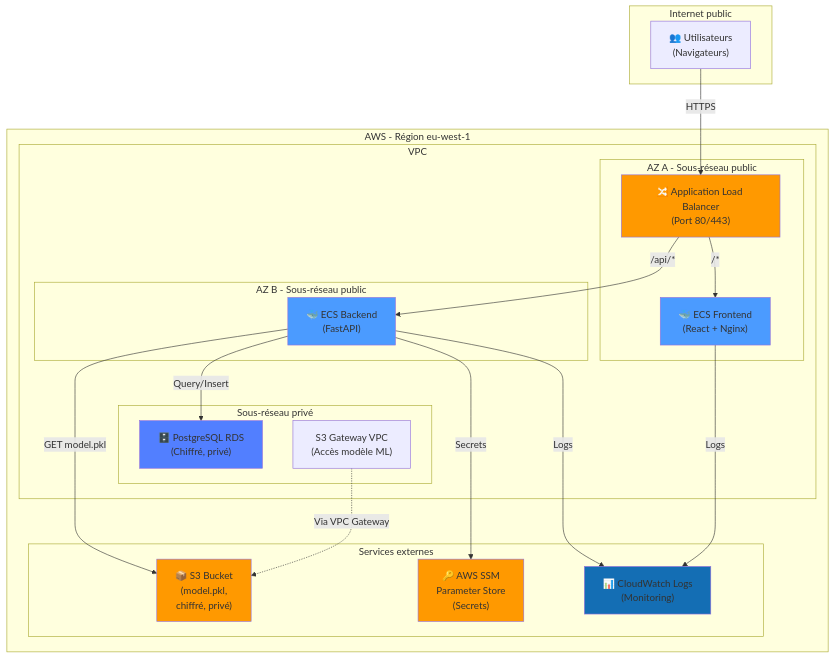
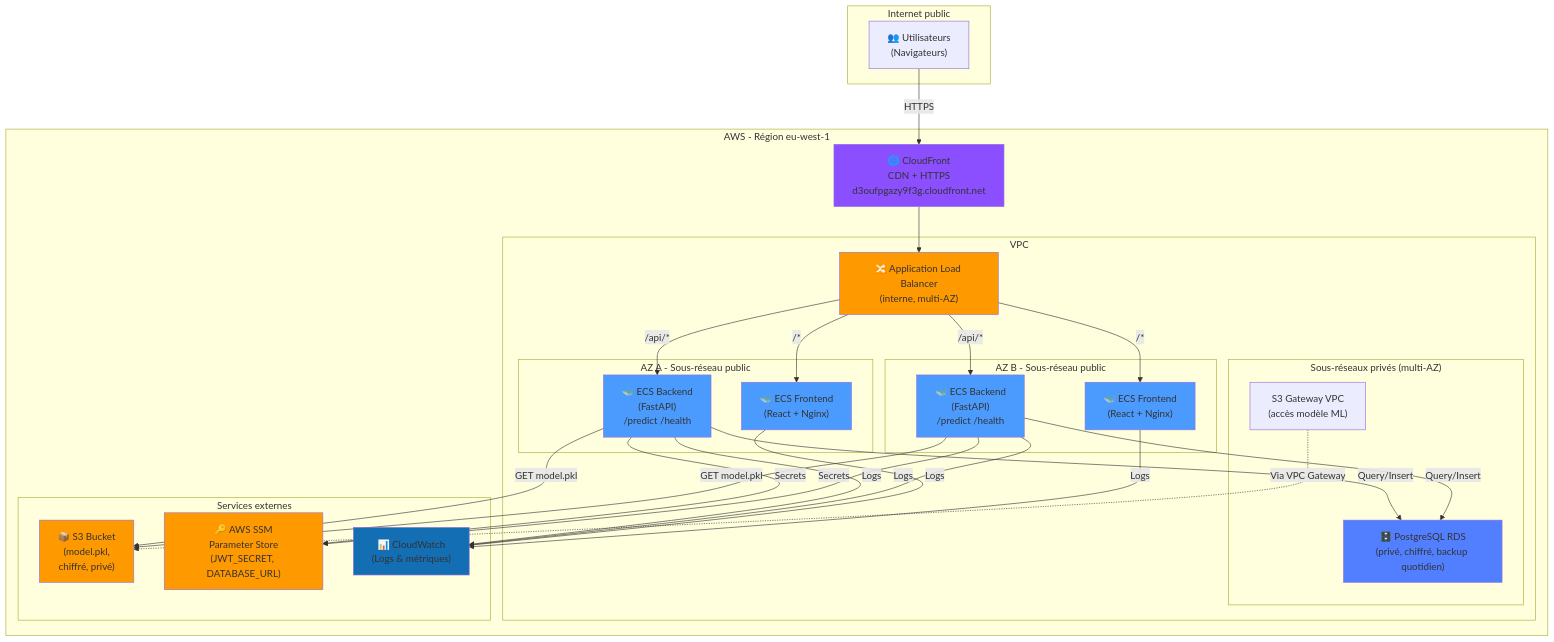
The diagram in README.md (ZANA-JB/Projet_securitecloud_used), drawn with Mermaid before and after one commit. The commit also changed other lines of this file and 2 other files, not shown here.

````diff
--- a/README.md
+++ b/README.md
@@ -110,51 +153,66 @@
 ```mermaid
 graph TB
     subgraph internet["Internet public"]
         users["👥 Utilisateurs<br/>(Navigateurs)"]
     end
 
     subgraph aws["AWS - Région eu-west-1"]
+        cloudfront["🌐 CloudFront<br/>CDN + HTTPS<br/>d3oufpgazy9f3g.cloudfront.net"]
+
         subgraph vpc["VPC"]
+            alb["🔀 Application Load Balancer<br/>(interne, multi-AZ)"]
+
             subgraph public_a["AZ A - Sous-réseau public"]
-                alb["🔀 Application Load Balancer<br/>(Port 80/443)"]
-                ecs_frontend["🐳 ECS Frontend<br/>(React + Nginx)"]
+                ecs_frontend_a["🐳 ECS Frontend<br/>(React + Nginx)"]
+                ecs_backend_a["🐳 ECS Backend<br/>(FastAPI)<br/>/predict /health"]
             end
 
             subgraph public_b["AZ B - Sous-réseau public"]
-                ecs_backend["🐳 ECS Backend<br/>(FastAPI)"]
+                ecs_frontend_b["🐳 ECS Frontend<br/>(React + Nginx)"]
+                ecs_backend_b["🐳 ECS Backend<br/>(FastAPI)<br/>/predict /health"]
             end
 
-            subgraph private["Sous-réseau privé"]
-                rds["🗄️ PostgreSQL RDS<br/>(Chiffré, privé)"]
-                s3_access["S3 Gateway VPC<br/>(Accès modèle ML)"]
+            subgraph private["Sous-réseaux privés (multi-AZ)"]
+                rds["🗄️ PostgreSQL RDS<br/>(privé, chiffré, backup quotidien)"]
+                s3_access["S3 Gateway VPC<br/>(accès modèle ML)"]
             end
         end
 
         subgraph external["Services externes"]
             s3["📦 S3 Bucket<br/>(model.pkl,<br/>chiffré, privé)"]
-            ssm["🔑 AWS SSM<br/>Parameter Store<br/>(Secrets)"]
-            logs["📊 CloudWatch Logs<br/>(Monitoring)"]
+            ssm["🔑 AWS SSM<br/>Parameter Store<br/>(JWT_SECRET, DATABASE_URL)"]
+            logs["📊 CloudWatch<br/>(Logs & métriques)"]
         end
     end
 
-    users -->|HTTPS| alb
-    alb -->|/api/*| ecs_backend
-    alb -->|/*| ecs_frontend
+    users -->|HTTPS| cloudfront
+    cloudfront --> alb
+    alb -->|/api/*| ecs_backend_a
+    alb -->|/api/*| ecs_backend_b
+    alb -->|/*| ecs_frontend_a
+    alb -->|/*| ecs_frontend_b
 
-    ecs_backend -->|Query/Insert| rds
-    ecs_backend -->|GET model.pkl| s3
-    ecs_backend -->|Secrets| ssm
-    ecs_backend -->|Logs| logs
-
-    ecs_frontend -->|Logs| logs
+    ecs_backend_a -->|Query/Insert| rds
+    ecs_backend_b -->|Query/Insert| rds
+    ecs_backend_a -->|GET model.pkl| s3
+    ecs_backend_b -->|GET model.pkl| s3
+    ecs_backend_a -->|Secrets| ssm
+    ecs_backend_b -->|Secrets| ssm
+    ecs_backend_a -->|Logs| logs
+    ecs_backend_b -->|Logs| logs
+    ecs_frontend_a -->|Logs| logs
+    ecs_frontend_b -->|Logs| logs
 
     s3_access -.->|Via VPC Gateway| s3
 
+    style cloudfront fill:#8C4FFF
     style alb fill:#FF9900
-    style ecs_backend fill:#4B9BFF
-    style ecs_frontend fill:#4B9BFF
+    style ecs_backend_a fill:#4B9BFF
+    style ecs_backend_b fill:#4B9BFF
+    style ecs_frontend_a fill:#4B9BFF
+    style ecs_frontend_b fill:#4B9BFF
     style rds fill:#527FFF
     style s3 fill:#FF9900
     style ssm fill:#FF9900
     style logs fill:#146EB4
 ```
````
